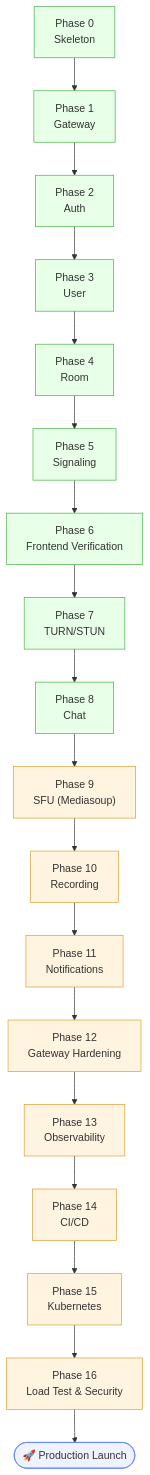
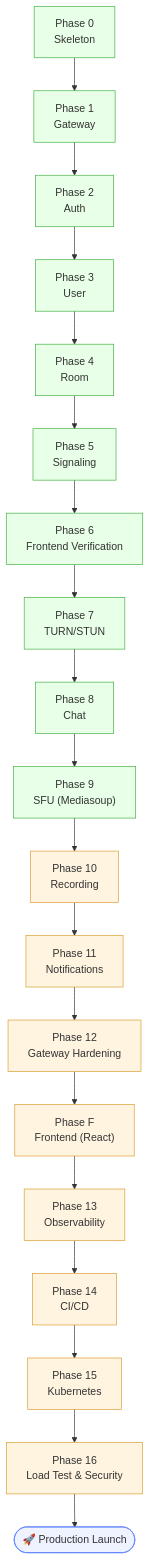
Before and after one commit to INDIAN-MEET/GOOGLE_MEET: diagram 11 of 11 in STEP.MD, drawn with Mermaid. The commit also changed other lines of this file, not shown here.

Commit message:
feat: update implementation status for Phase 9 SFU Service and add Phase F frontend details

````diff
--- a/STEP.MD
+++ b/STEP.MD
@@ -336,39 +345,41 @@
 ```mermaid
 flowchart TD
     P0["Phase 0<br/>Skeleton"] --> P1["Phase 1<br/>Gateway"]
     P1 --> P2["Phase 2<br/>Auth"]
     P2 --> P3["Phase 3<br/>User"]
     P3 --> P4["Phase 4<br/>Room"]
     P4 --> P5["Phase 5<br/>Signaling"]
     P5 --> P6["Phase 6<br/>Frontend Verification"]
     P6 --> P7["Phase 7<br/>TURN/STUN"]
     P7 --> P8["Phase 8<br/>Chat"]
     P8 --> P9["Phase 9<br/>SFU (Mediasoup)"]
     P9 --> P10["Phase 10<br/>Recording"]
     P10 --> P11["Phase 11<br/>Notifications"]
     P11 --> P12["Phase 12<br/>Gateway Hardening"]
-    P12 --> P13["Phase 13<br/>Observability"]
+    P12 --> PF["Phase F<br/>Frontend (React)"]
+    PF --> P13["Phase 13<br/>Observability"]
     P13 --> P14["Phase 14<br/>CI/CD"]
     P14 --> P15["Phase 15<br/>Kubernetes"]
     P15 --> P16["Phase 16<br/>Load Test & Security"]
     P16 --> Launch(["🚀 Production Launch"])
 
     style P0 fill:#e8ffe8,stroke:#3fae3f
     style P1 fill:#e8ffe8,stroke:#3fae3f
     style P2 fill:#e8ffe8,stroke:#3fae3f
     style P3 fill:#e8ffe8,stroke:#3fae3f
     style P4 fill:#e8ffe8,stroke:#3fae3f
     style P5 fill:#e8ffe8,stroke:#3fae3f
     style P6 fill:#e8ffe8,stroke:#3fae3f
     style P7 fill:#e8ffe8,stroke:#3fae3f
     style P8 fill:#e8ffe8,stroke:#3fae3f
-    style P9 fill:#fff4e0,stroke:#d99a2b
+    style P9 fill:#e8ffe8,stroke:#3fae3f
     style P10 fill:#fff4e0,stroke:#d99a2b
     style P11 fill:#fff4e0,stroke:#d99a2b
     style P12 fill:#fff4e0,stroke:#d99a2b
+    style PF fill:#fff4e0,stroke:#d99a2b
     style P13 fill:#fff4e0,stroke:#d99a2b
     style P14 fill:#fff4e0,stroke:#d99a2b
     style P15 fill:#fff4e0,stroke:#d99a2b
     style P16 fill:#fff4e0,stroke:#d99a2b
     style Launch fill:#eef3ff,stroke:#5b7fff
 ```
````
